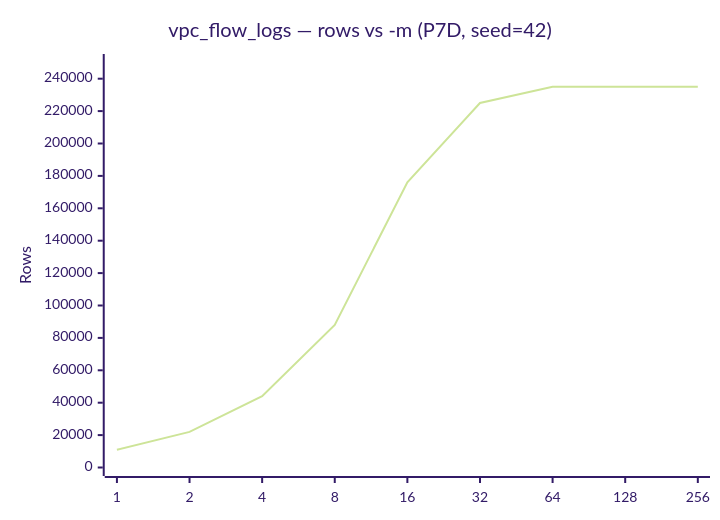
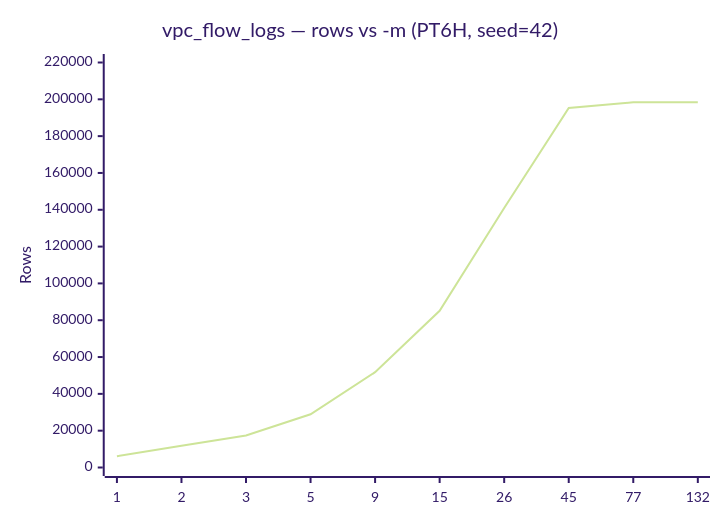
Before and after one commit to implydata/imply-eventgenerator: the second of 2 diagrams in docs/presets/vpc_flow_logs.md, drawn with Mermaid (forest theme). The commit also changed other lines of this file, not shown here.

````diff
--- a/docs/presets/vpc_flow_logs.md
+++ b/docs/presets/vpc_flow_logs.md
@@ -58,7 +71,7 @@
 ```mermaid
 xychart-beta
-    title "vpc_flow_logs — rows vs -m (P7D, seed=42)"
-    x-axis [1, 2, 4, 8, 16, 32, 64, 128, 256]
-    y-axis "Rows" 0 --> 250000
-    line [11000, 22000, 44000, 88000, 176000, 225000, 235000, 235000, 235000]
+    title "vpc_flow_logs — rows vs -m (PT6H, seed=42)"
+    x-axis [1, 2, 3, 5, 9, 15, 26, 45, 77, 132]
+    y-axis "Rows" 0 --> 220000
+    line [6116, 11771, 17362, 28940, 51778, 85101, 140958, 195269, 198392, 198392]
 ```
````
